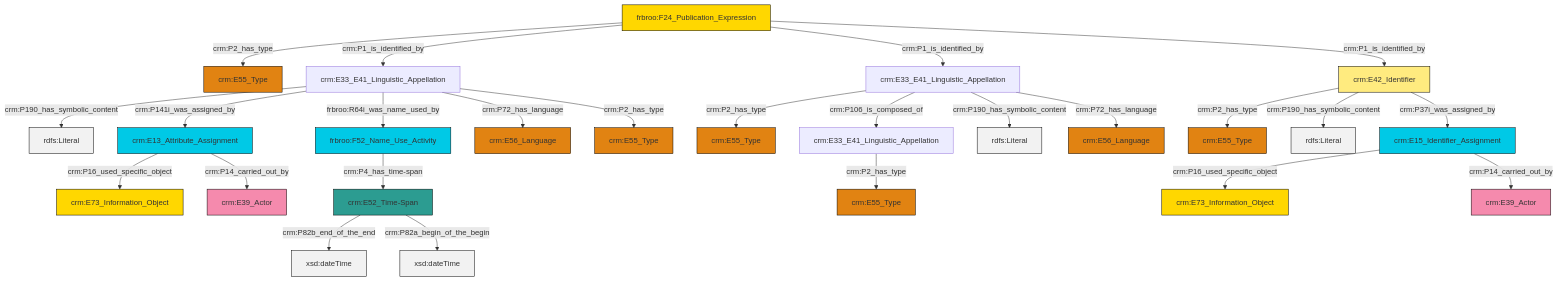
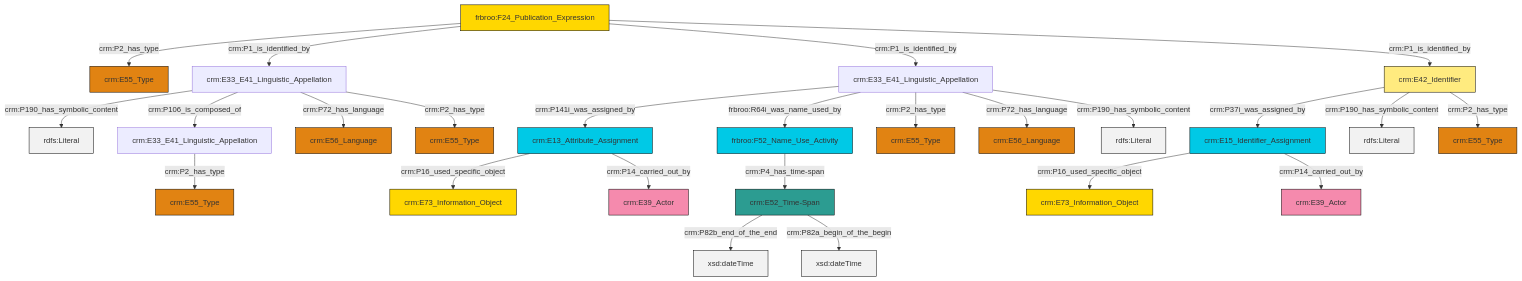
The diagram in et/biblioCSV/ttl/mmd/biblio_name.ttl.mmd (swiss-art-research-net/docs.swissartresearch), drawn with Mermaid before and after one commit. The commit also changed 172 other files, not shown here.

```diff
--- a/et/biblioCSV/ttl/mmd/biblio_name.ttl.mmd
+++ b/et/biblioCSV/ttl/mmd/biblio_name.ttl.mmd
@@ -1,39 +1,39 @@
 graph TD
 classDef Literal fill:#f2f2f2,stroke:#000000;
 classDef CRM_Entity fill:#FFFFFF,stroke:#000000;
 classDef Temporal_Entity fill:#00C9E6, stroke:#000000;
 classDef Type fill:#E18312, stroke:#000000;
 classDef Time-Span fill:#2C9C91, stroke:#000000;
 classDef Appellation fill:#FFEB7F, stroke:#000000;
 classDef Place fill:#008836, stroke:#000000;
 classDef Persistent_Item fill:#B266B2, stroke:#000000;
 classDef Conceptual_Object fill:#FFD700, stroke:#000000;
 classDef Physical_Thing fill:#D2B48C, stroke:#000000;
 classDef Actor fill:#f58aad, stroke:#000000;
 classDef PC_Classes fill:#4ce600, stroke:#000000;
 classDef Multi fill:#cccccc,stroke:#000000;
 
-2["crm:E42_Identifier"]:::Appellation -->|crm:P2_has_type| 0["crm:E55_Type"]:::Type
-3["crm:E15_Identifier_Assignment"]:::Temporal_Entity -->|crm:P16_used_specific_object| 4["crm:E73_Information_Object"]:::Conceptual_Object
-5["crm:E52_Time-Span"]:::Time-Span -->|crm:P82b_end_of_the_end| 6[xsd:dateTime]:::Literal
-9["crm:E33_E41_Linguistic_Appellation"]:::Default -->|crm:P2_has_type| 10["crm:E55_Type"]:::Type
-11["frbroo:F24_Publication_Expression"]:::Conceptual_Object -->|crm:P2_has_type| 12["crm:E55_Type"]:::Type
-13["frbroo:F52_Name_Use_Activity"]:::Temporal_Entity -->|crm:P4_has_time-span| 5["crm:E52_Time-Span"]:::Time-Span
-9["crm:E33_E41_Linguistic_Appellation"]:::Default -->|crm:P106_is_composed_of| 14["crm:E33_E41_Linguistic_Appellation"]:::Default
-2["crm:E42_Identifier"]:::Appellation -->|crm:P190_has_symbolic_content| 15[rdfs:Literal]:::Literal
-16["crm:E33_E41_Linguistic_Appellation"]:::Default -->|crm:P190_has_symbolic_content| 17[rdfs:Literal]:::Literal
-2["crm:E42_Identifier"]:::Appellation -->|crm:P37i_was_assigned_by| 3["crm:E15_Identifier_Assignment"]:::Temporal_Entity
-11["frbroo:F24_Publication_Expression"]:::Conceptual_Object -->|crm:P1_is_identified_by| 16["crm:E33_E41_Linguistic_Appellation"]:::Default
-3["crm:E15_Identifier_Assignment"]:::Temporal_Entity -->|crm:P14_carried_out_by| 7["crm:E39_Actor"]:::Actor
-26["crm:E13_Attribute_Assignment"]:::Temporal_Entity -->|crm:P16_used_specific_object| 23["crm:E73_Information_Object"]:::Conceptual_Object
-11["frbroo:F24_Publication_Expression"]:::Conceptual_Object -->|crm:P1_is_identified_by| 9["crm:E33_E41_Linguistic_Appellation"]:::Default
-16["crm:E33_E41_Linguistic_Appellation"]:::Default -->|crm:P141i_was_assigned_by| 26["crm:E13_Attribute_Assignment"]:::Temporal_Entity
-9["crm:E33_E41_Linguistic_Appellation"]:::Default -->|crm:P190_has_symbolic_content| 29[rdfs:Literal]:::Literal
-9["crm:E33_E41_Linguistic_Appellation"]:::Default -->|crm:P72_has_language| 30["crm:E56_Language"]:::Type
-5["crm:E52_Time-Span"]:::Time-Span -->|crm:P82a_begin_of_the_begin| 31[xsd:dateTime]:::Literal
-16["crm:E33_E41_Linguistic_Appellation"]:::Default -->|frbroo:R64i_was_name_used_by| 13["frbroo:F52_Name_Use_Activity"]:::Temporal_Entity
-16["crm:E33_E41_Linguistic_Appellation"]:::Default -->|crm:P72_has_language| 34["crm:E56_Language"]:::Type
-11["frbroo:F24_Publication_Expression"]:::Conceptual_Object -->|crm:P1_is_identified_by| 2["crm:E42_Identifier"]:::Appellation
-16["crm:E33_E41_Linguistic_Appellation"]:::Default -->|crm:P2_has_type| 41["crm:E55_Type"]:::Type
-14["crm:E33_E41_Linguistic_Appellation"]:::Default -->|crm:P2_has_type| 32["crm:E55_Type"]:::Type
-26["crm:E13_Attribute_Assignment"]:::Temporal_Entity -->|crm:P14_carried_out_by| 21["crm:E39_Actor"]:::Actor
+4["crm:E33_E41_Linguistic_Appellation"]:::Default -->|crm:P141i_was_assigned_by| 5["crm:E13_Attribute_Assignment"]:::Temporal_Entity
+4["crm:E33_E41_Linguistic_Appellation"]:::Default -->|frbroo:R64i_was_name_used_by| 6["frbroo:F52_Name_Use_Activity"]:::Temporal_Entity
+7["crm:E33_E41_Linguistic_Appellation"]:::Default -->|crm:P190_has_symbolic_content| 8[rdfs:Literal]:::Literal
+9["frbroo:F24_Publication_Expression"]:::Conceptual_Object -->|crm:P2_has_type| 10["crm:E55_Type"]:::Type
+13["crm:E42_Identifier"]:::Appellation -->|crm:P37i_was_assigned_by| 14["crm:E15_Identifier_Assignment"]:::Temporal_Entity
+6["frbroo:F52_Name_Use_Activity"]:::Temporal_Entity -->|crm:P4_has_time-span| 16["crm:E52_Time-Span"]:::Time-Span
+4["crm:E33_E41_Linguistic_Appellation"]:::Default -->|crm:P2_has_type| 11["crm:E55_Type"]:::Type
+7["crm:E33_E41_Linguistic_Appellation"]:::Default -->|crm:P106_is_composed_of| 17["crm:E33_E41_Linguistic_Appellation"]:::Default
+4["crm:E33_E41_Linguistic_Appellation"]:::Default -->|crm:P72_has_language| 0["crm:E56_Language"]:::Type
+5["crm:E13_Attribute_Assignment"]:::Temporal_Entity -->|crm:P16_used_specific_object| 18["crm:E73_Information_Object"]:::Conceptual_Object
+13["crm:E42_Identifier"]:::Appellation -->|crm:P190_has_symbolic_content| 22[rdfs:Literal]:::Literal
+14["crm:E15_Identifier_Assignment"]:::Temporal_Entity -->|crm:P16_used_specific_object| 25["crm:E73_Information_Object"]:::Conceptual_Object
+16["crm:E52_Time-Span"]:::Time-Span -->|crm:P82b_end_of_the_end| 27[xsd:dateTime]:::Literal
+13["crm:E42_Identifier"]:::Appellation -->|crm:P2_has_type| 29["crm:E55_Type"]:::Type
+7["crm:E33_E41_Linguistic_Appellation"]:::Default -->|crm:P72_has_language| 30["crm:E56_Language"]:::Type
+9["frbroo:F24_Publication_Expression"]:::Conceptual_Object -->|crm:P1_is_identified_by| 7["crm:E33_E41_Linguistic_Appellation"]:::Default
+16["crm:E52_Time-Span"]:::Time-Span -->|crm:P82a_begin_of_the_begin| 33[xsd:dateTime]:::Literal
+4["crm:E33_E41_Linguistic_Appellation"]:::Default -->|crm:P190_has_symbolic_content| 35[rdfs:Literal]:::Literal
+9["frbroo:F24_Publication_Expression"]:::Conceptual_Object -->|crm:P1_is_identified_by| 4["crm:E33_E41_Linguistic_Appellation"]:::Default
+17["crm:E33_E41_Linguistic_Appellation"]:::Default -->|crm:P2_has_type| 23["crm:E55_Type"]:::Type
+14["crm:E15_Identifier_Assignment"]:::Temporal_Entity -->|crm:P14_carried_out_by| 2["crm:E39_Actor"]:::Actor
+9["frbroo:F24_Publication_Expression"]:::Conceptual_Object -->|crm:P1_is_identified_by| 13["crm:E42_Identifier"]:::Appellation
+7["crm:E33_E41_Linguistic_Appellation"]:::Default -->|crm:P2_has_type| 31["crm:E55_Type"]:::Type
+5["crm:E13_Attribute_Assignment"]:::Temporal_Entity -->|crm:P14_carried_out_by| 20["crm:E39_Actor"]:::Actor
```
